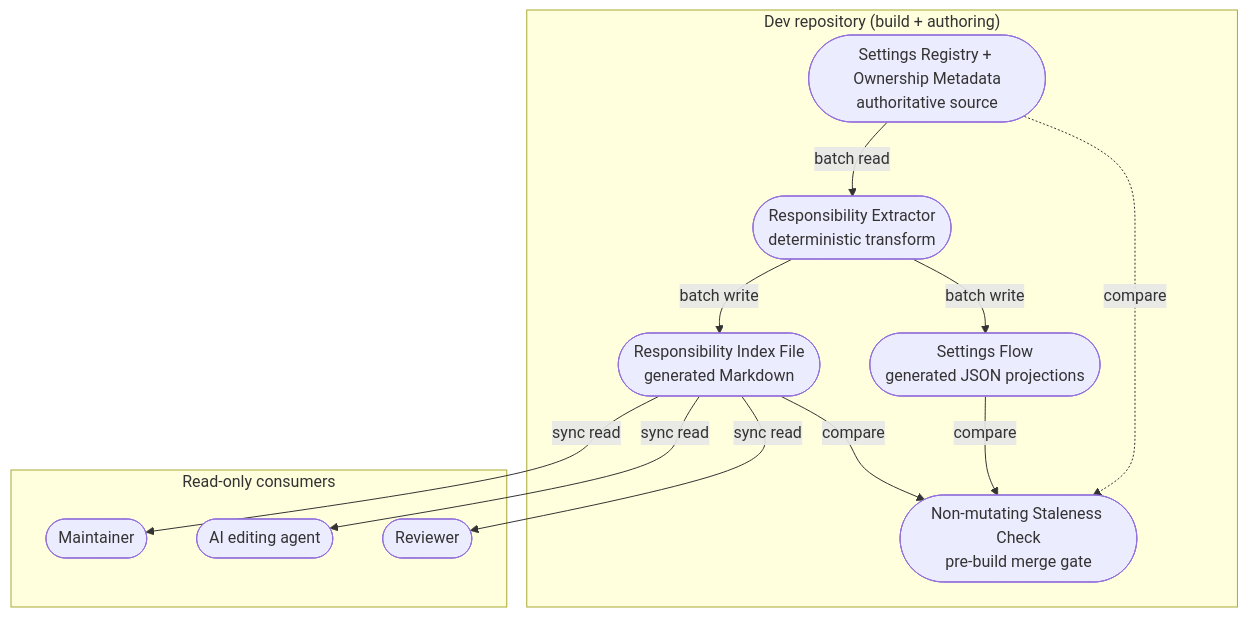
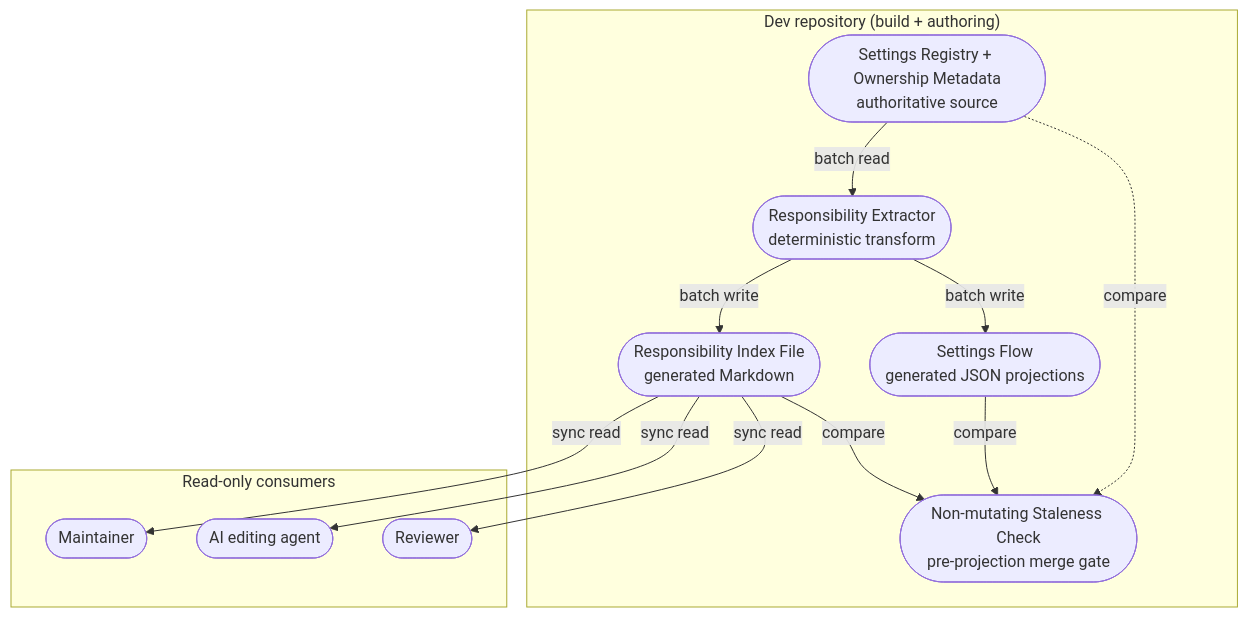
The diagram in docs/documents/knowgrph-codebase-responsibility-flow-prd-tad.md (huijoohwee/agentic-graph), drawn with Mermaid before and after one commit. The commit also changed other lines of this file and 3 other files, not shown here.

Commit message:
fix(ci): prepare responsibility flow dependencies

````diff
--- a/docs/documents/knowgrph-codebase-responsibility-flow-prd-tad.md
+++ b/docs/documents/knowgrph-codebase-responsibility-flow-prd-tad.md
@@ -258,24 +258,24 @@
 ```mermaid
 flowchart TB
   subgraph Dev["Dev repository (build + authoring)"]
     Src(["Settings Registry + Ownership Metadata\nauthoritative source"])
     Ext(["Responsibility Extractor\ndeterministic transform"])
     Idx(["Responsibility Index File\ngenerated Markdown"])
     Json(["Settings Flow\ngenerated JSON projections"])
-    Chk(["Non-mutating Staleness Check\npre-build merge gate"])
+    Chk(["Non-mutating Staleness Check\npre-projection merge gate"])
   end
   subgraph Consumers["Read-only consumers"]
     Dev1(["Maintainer"])
     Agent(["AI editing agent"])
     Rev(["Reviewer"])
   end
   Src -- batch read --> Ext
   Ext -- batch write --> Idx
   Ext -- batch write --> Json
   Idx -- sync read --> Dev1
   Idx -- sync read --> Agent
   Idx -- sync read --> Rev
   Idx -- compare --> Chk
   Json -- compare --> Chk
   Src -. compare .-> Chk
 ```
````
